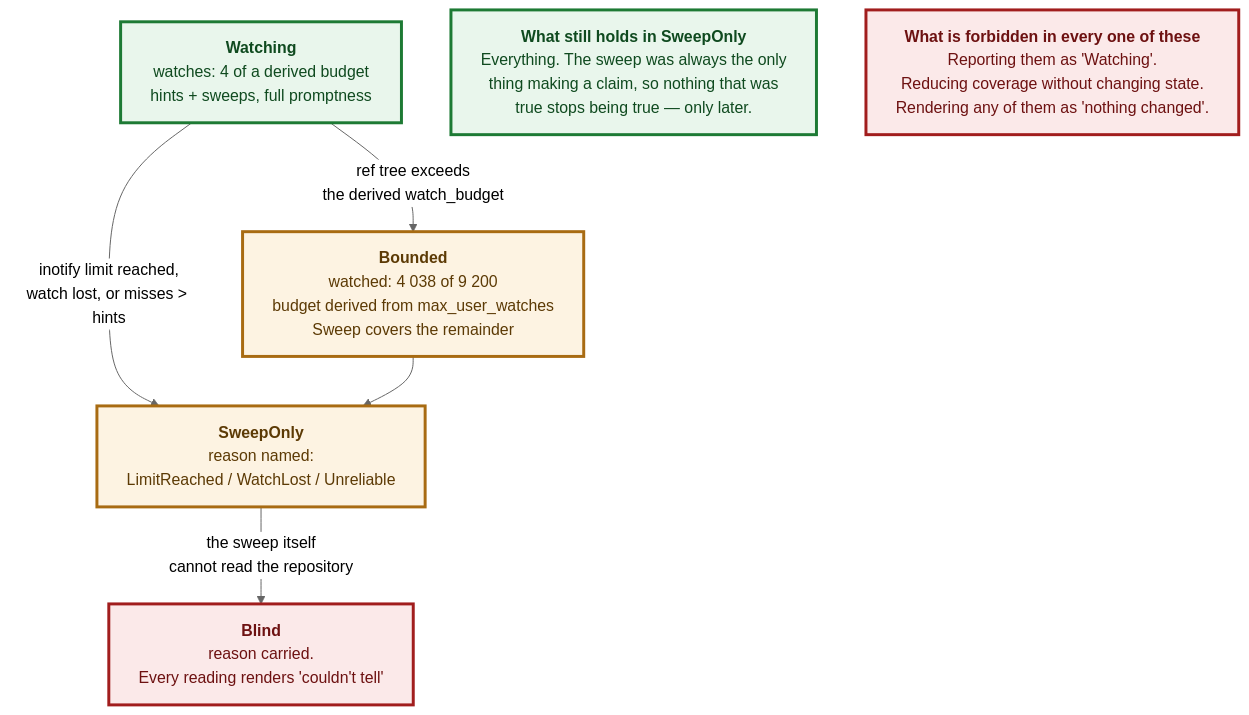
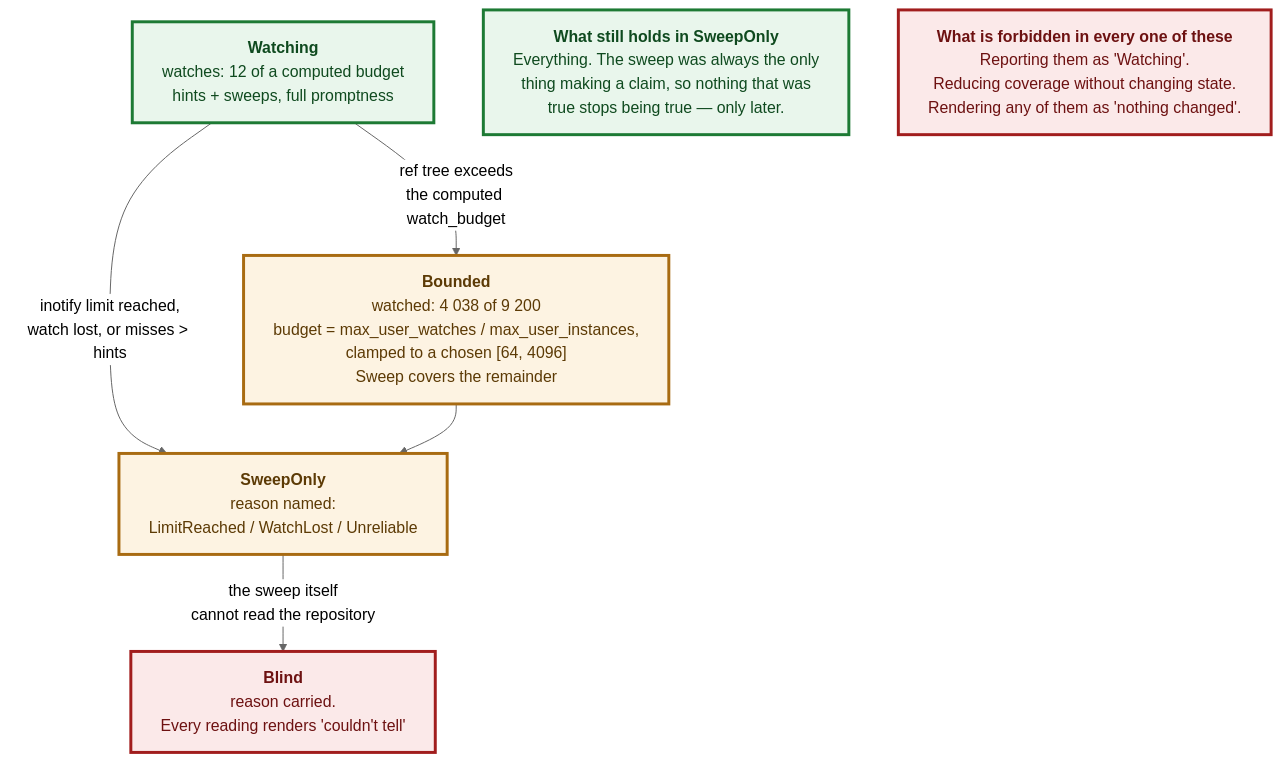
Before and after one commit to tom2025b/git-vista: the eighth of 8 diagrams in docs/superpowers/specs/m3.26-external-changes.md, drawn with Mermaid (neutral theme). The commit also changed other lines of this file, not shown here.

````diff
--- a/docs/superpowers/specs/m3.26-external-changes.md
+++ b/docs/superpowers/specs/m3.26-external-changes.md
@@ -1410,28 +1587,28 @@
 ```mermaid
 ---
 config:
   flowchart:
     wrappingWidth: 420
 ---
 flowchart TD
-    W["<b>Watching</b><br/>watches: 4 of a derived budget<br/>hints + sweeps, full promptness"]
-    W -->|"ref tree exceeds<br/>the derived watch_budget"| B["<b>Bounded</b><br/>watched: 4 038 of 9 200<br/>budget derived from max_user_watches<br/>Sweep covers the remainder"]
+    W["<b>Watching</b><br/>watches: 12 of a computed budget<br/>hints + sweeps, full promptness"]
+    W -->|"ref tree exceeds<br/>the computed watch_budget"| B["<b>Bounded</b><br/>watched: 4 038 of 9 200<br/>budget = max_user_watches / max_user_instances,<br/>clamped to a chosen [64, 4096]<br/>Sweep covers the remainder"]
     W -->|"inotify limit reached,<br/>watch lost, or misses &gt; hints"| S["<b>SweepOnly</b><br/>reason named:<br/>LimitReached / WatchLost / Unreliable"]
     B --> S
     S -->|"the sweep itself<br/>cannot read the repository"| BL["<b>Blind</b><br/>reason carried.<br/>Every reading renders 'couldn't tell'"]
 
     N["<b>What still holds in SweepOnly</b><br/>Everything. The sweep was always the only<br/>thing making a claim, so nothing that was<br/>true stops being true &mdash; only later."]
 
     X["<b>What is forbidden in every one of these</b><br/>Reporting them as 'Watching'.<br/>Reducing coverage without changing state.<br/>Rendering any of them as 'nothing changed'."]
 
     classDef good fill:#e9f6ec,stroke:#1d7a34,stroke-width:3px,color:#0f4a1f
     classDef cost fill:#fdf3e2,stroke:#a86b12,stroke-width:3px,color:#5c3a05
     classDef bad fill:#fbe9e9,stroke:#a11d1d,stroke-width:3px,color:#6d1111
     classDef note fill:#f2f2f2,stroke:#666,stroke-width:2px,color:#222
 
     class W good
     class B,S cost
     class BL bad
     class N good
     class X bad
 ```
````
